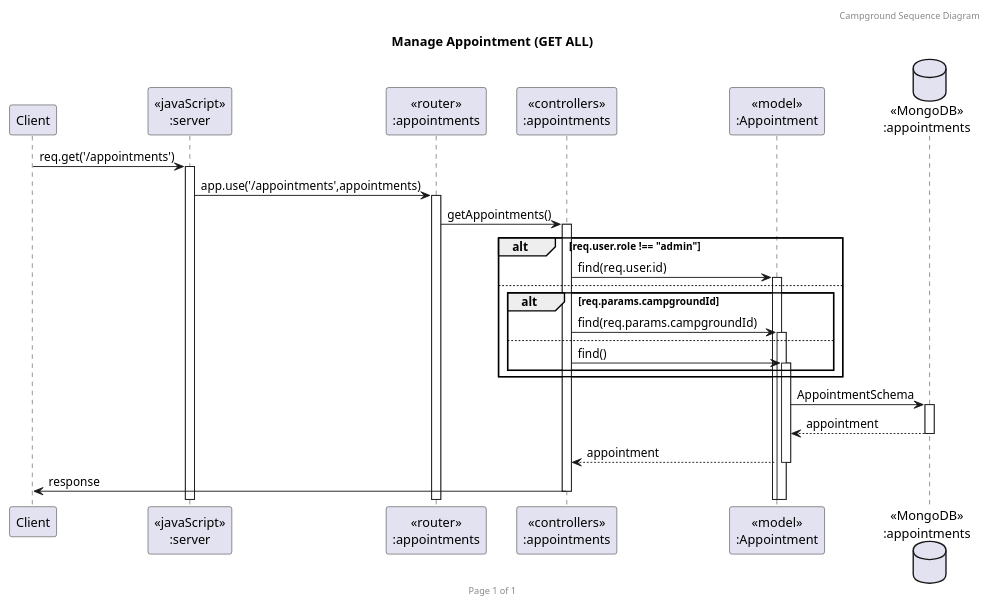
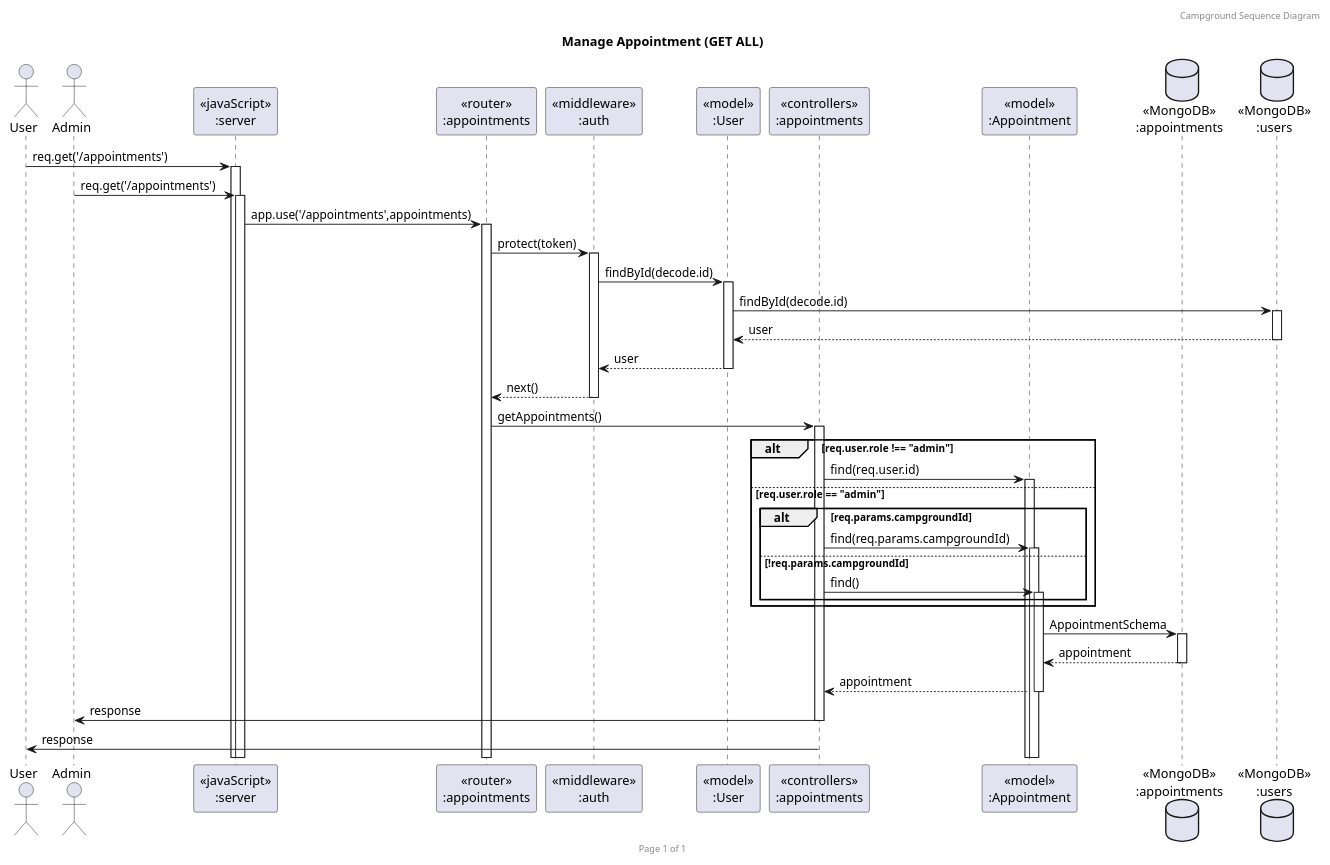
The diagram in diagram/Sequence diagram/Appointment/Appointment_GETALL.puml (FaiiFaiipuipui/CEDT_Y1T2_backend-campgroundbooking), drawn with PlantUML before and after one commit. The commit also changed 4 other files, not shown here.

Commit message:
Update Appointment Sequence Diagram

```diff
--- a/diagram/Sequence diagram/Appointment/Appointment_GETALL.puml
+++ b/diagram/Sequence diagram/Appointment/Appointment_GETALL.puml
@@ -1,31 +1,43 @@
 @startuml Manage Appointment (GET ALL)
 
 header Campground Sequence Diagram
 footer Page %page% of %lastpage%
 title "Manage Appointment (GET ALL)"
 
-participant "Client" as client
+actor "User" as user
+actor "Admin" as admin
 participant "<<javaScript>>\n:server" as server
 participant "<<router>>\n:appointments" as routerAppointments
+participant "<<middleware>>\n:auth" as middlewareAuth
+participant "<<model>>\n:User" as modelUser
 participant "<<controllers>>\n:appointments" as controllersAppointments
 participant "<<model>>\n:Appointment" as modelAppointment
 database "<<MongoDB>>\n:appointments" as CampgroundsDatabase
+database "<<MongoDB>>\n:users" as UsersDatabase
 
-client->server ++:req.get('/appointments')
+user->server ++:req.get('/appointments')
+admin->server ++:req.get('/appointments')
 server->routerAppointments ++:app.use('/appointments',appointments)
+routerAppointments -> middlewareAuth ++:protect(token)
+middlewareAuth -> modelUser ++:findById(decode.id)
+modelUser -> UsersDatabase ++:findById(decode.id)
+UsersDatabase --> modelUser --:user
+modelUser --> middlewareAuth --:user
+middlewareAuth --> routerAppointments --:next()
 routerAppointments -> controllersAppointments ++:getAppointments()
 alt req.user.role !== "admin"
     controllersAppointments->modelAppointment ++:find(req.user.id)
-else 
+else req.user.role == "admin"
     alt req.params.campgroundId
         controllersAppointments->modelAppointment ++:find(req.params.campgroundId)
-    else 
+    else !req.params.campgroundId
         controllersAppointments->modelAppointment ++:find()
     end
 end
 modelAppointment ->CampgroundsDatabase ++:AppointmentSchema
 CampgroundsDatabase --> modelAppointment --:appointment
 controllersAppointments <-- modelAppointment --:appointment
-controllersAppointments->client --:response
+controllersAppointments->admin --:response
+controllersAppointments->user --:response
 
 @enduml
```
